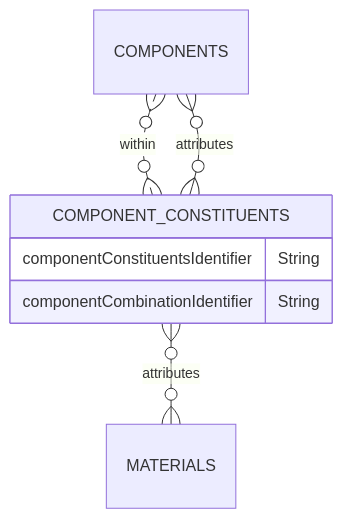
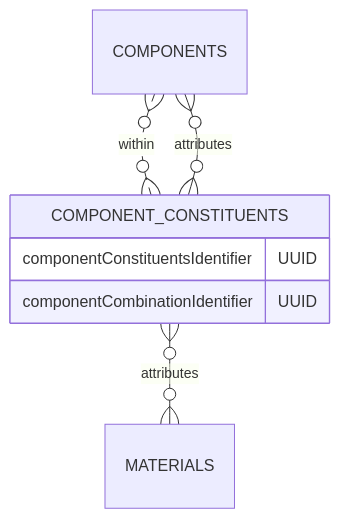
Before and after one commit to OpenDataManchester/Open3P: the diagram in docs/6_Relationship_Lists/6_002_Component_Constituents.md, drawn with Mermaid. The commit also changed other lines of this file, not shown here.

Commit message:
Component Constituents to UUID from string

````diff
--- a/docs/6_Relationship_Lists/6_002_Component_Constituents.md
+++ b/docs/6_Relationship_Lists/6_002_Component_Constituents.md
@@ -18,10 +18,10 @@
 ``` mermaid
 erDiagram
   COMPONENTS }o..o{ COMPONENT_CONSTITUENTS : within
   COMPONENT_CONSTITUENTS {
-    componentConstituentsIdentifier String
-    componentCombinationIdentifier String
+    componentConstituentsIdentifier UUID
+    componentCombinationIdentifier UUID
   }
   COMPONENT_CONSTITUENTS }o--o{ MATERIALS : attributes
   COMPONENT_CONSTITUENTS }o--o{ COMPONENTS : attributes
 ```
````
